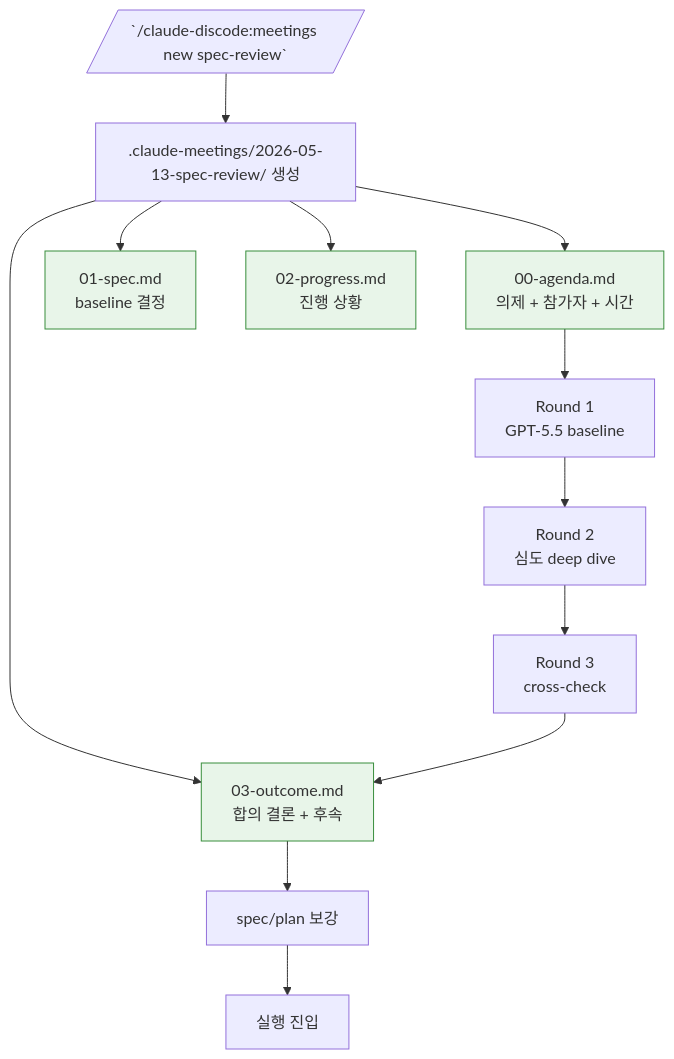
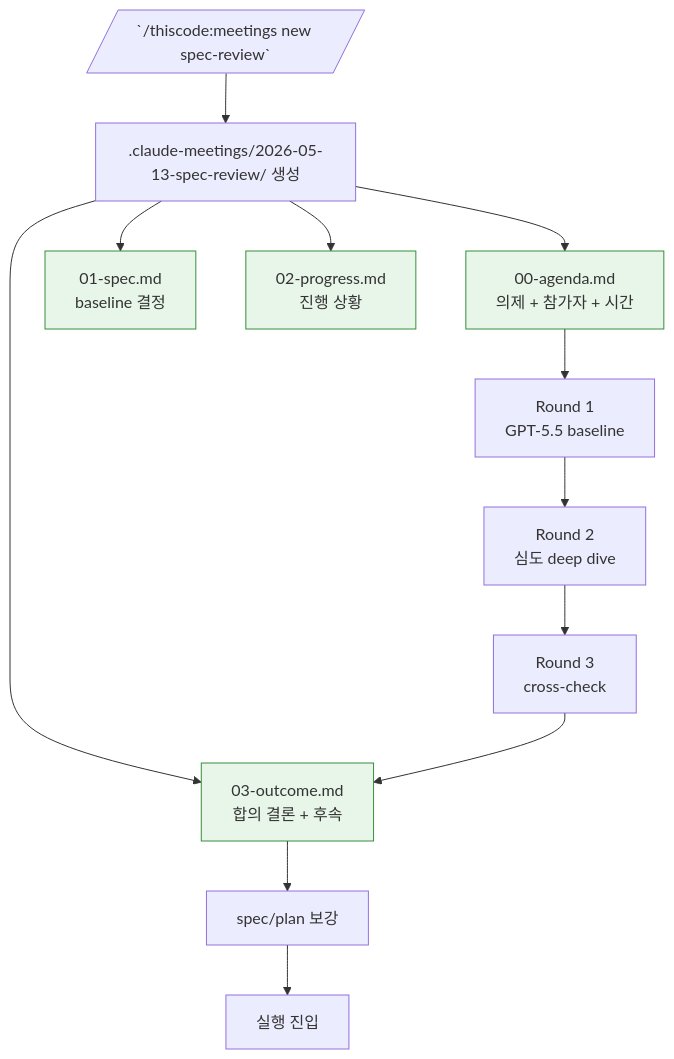
Before and after one commit to treylom/claude-discode: the third of 6 diagrams in docs/ARCHITECTURE.md, drawn with Mermaid. The commit also changed other lines of this file and 134 other files, not shown here.

First line of the commit message:
rename: claude-discode → ThisCode (재경님 결정 A, 2026-05-16, pre-launch 풀 rename)

````diff
--- a/docs/ARCHITECTURE.md
+++ b/docs/ARCHITECTURE.md
@@ -67,20 +67,20 @@
 ```mermaid
 flowchart TB
-    Cmd[/`/claude-discode:meetings new spec-review`/] --> Mkdir[.claude-meetings/2026-05-13-spec-review/ 생성]
+    Cmd[/`/thiscode:meetings new spec-review`/] --> Mkdir[.claude-meetings/2026-05-13-spec-review/ 생성]
 
     Mkdir --> F1[00-agenda.md<br/>의제 + 참가자 + 시간]
     Mkdir --> F2[01-spec.md<br/>baseline 결정]
     Mkdir --> F3[02-progress.md<br/>진행 상황]
     Mkdir --> F4[03-outcome.md<br/>합의 결론 + 후속]
 
     F1 --> R1[Round 1<br/>GPT-5.5 baseline]
     R1 --> R2[Round 2<br/>심도 deep dive]
     R2 --> R3[Round 3<br/>cross-check]
     R3 --> F4
 
     F4 --> Spec[spec/plan 보강]
     Spec --> Exec[실행 진입]
 
     classDef file fill:#e8f5e9,stroke:#388e3c
     class F1,F2,F3,F4 file
 ```
````
